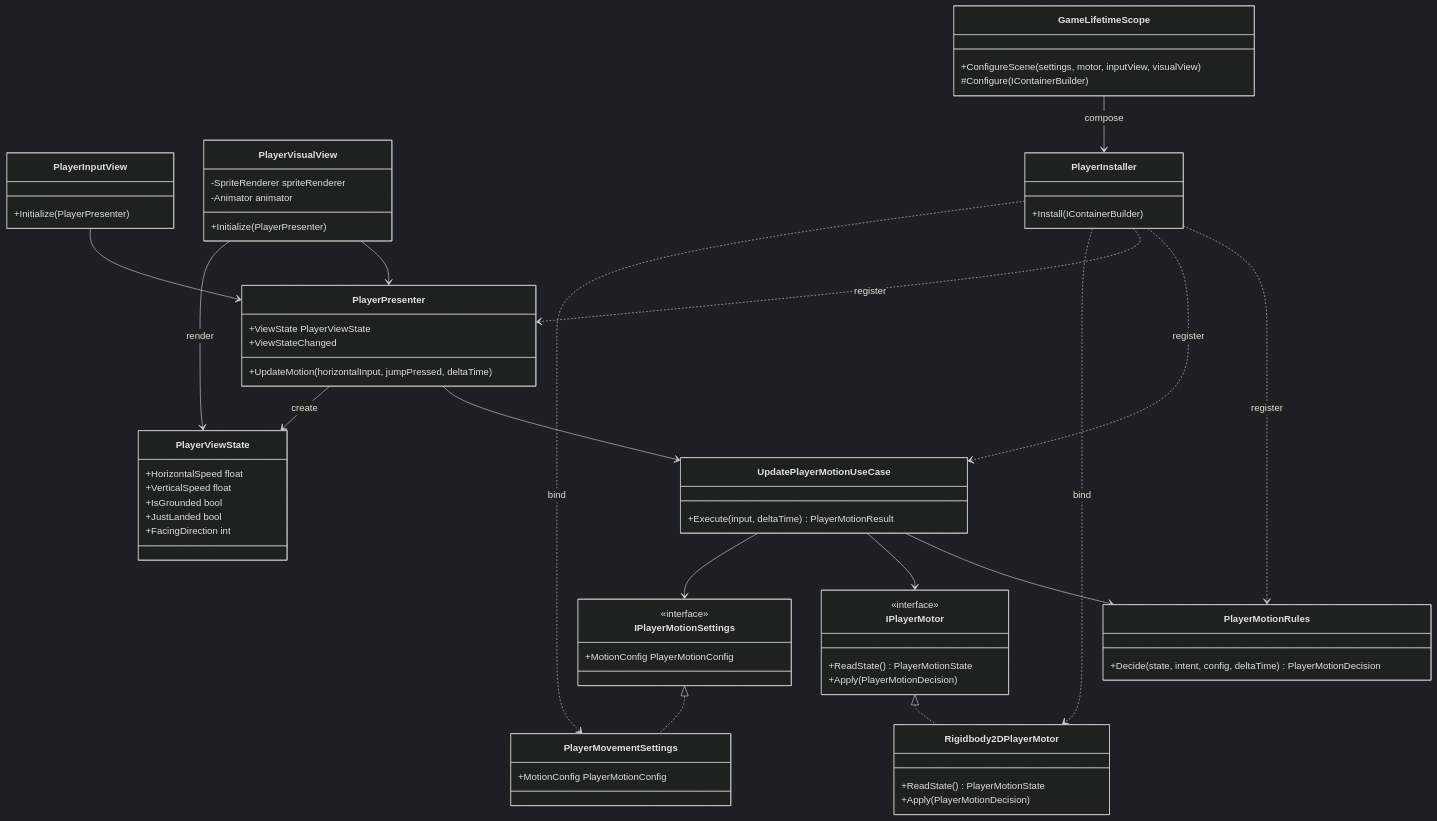
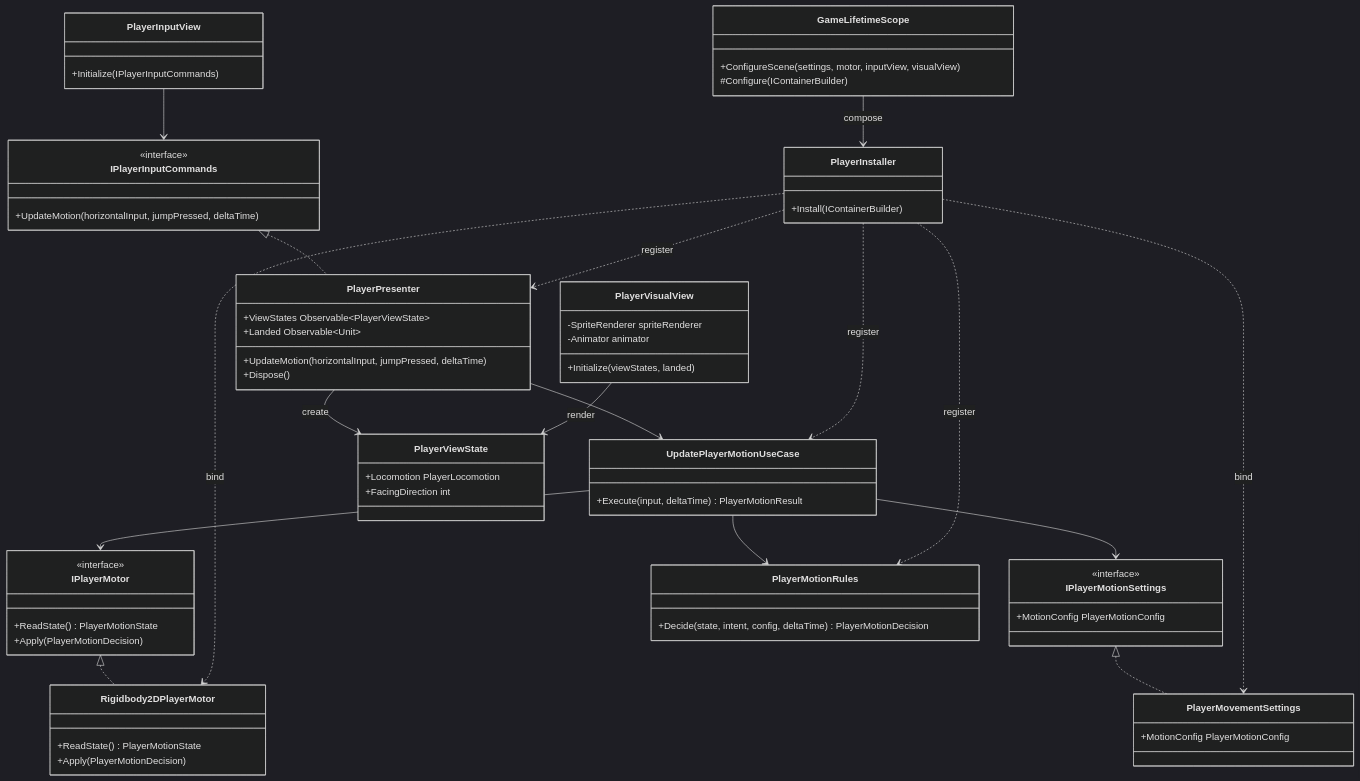
One commit to murang-kr/CleanArchitecture changed the second of 4 diagrams in Docs/Architecture.md. Above: the diagram before and after it, drawn with Mermaid (dark theme). The commit also changed other lines of this file and 24 other files, not shown here.

```diff
--- a/Docs/Architecture.md
+++ b/Docs/Architecture.md
@@ -158,17 +160,20 @@
         +Execute(input, deltaTime) PlayerMotionResult
     }
 
+    class IPlayerInputCommands {
+        <<interface>>
+        +UpdateMotion(horizontalInput, jumpPressed, deltaTime)
+    }
+
     class PlayerPresenter {
-        +ViewState PlayerViewState
+        +ViewStates Observable~PlayerViewState~
+        +Landed Observable~Unit~
         +UpdateMotion(horizontalInput, jumpPressed, deltaTime)
-        +ViewStateChanged
+        +Dispose()
     }
 
     class PlayerViewState {
-        +HorizontalSpeed float
-        +VerticalSpeed float
-        +IsGrounded bool
-        +JustLanded bool
+        +Locomotion PlayerLocomotion
         +FacingDirection int
     }
 
@@ -182,11 +187,11 @@
     }
 
     class PlayerInputView {
-        +Initialize(PlayerPresenter)
+        +Initialize(IPlayerInputCommands)
     }
 
     class PlayerVisualView {
-        +Initialize(PlayerPresenter)
+        +Initialize(viewStates, landed)
         -SpriteRenderer spriteRenderer
         -Animator animator
     }
@@ -207,8 +212,8 @@
     UpdatePlayerMotionUseCase --> IPlayerMotionSettings
     PlayerPresenter --> UpdatePlayerMotionUseCase
     PlayerPresenter --> PlayerViewState : create
-    PlayerInputView --> PlayerPresenter
-    PlayerVisualView --> PlayerPresenter
+    IPlayerInputCommands <|.. PlayerPresenter
+    PlayerInputView --> IPlayerInputCommands
     PlayerVisualView --> PlayerViewState : render
     PlayerInstaller ..> PlayerMotionRules : register
     PlayerInstaller ..> UpdatePlayerMotionUseCase : register
```
